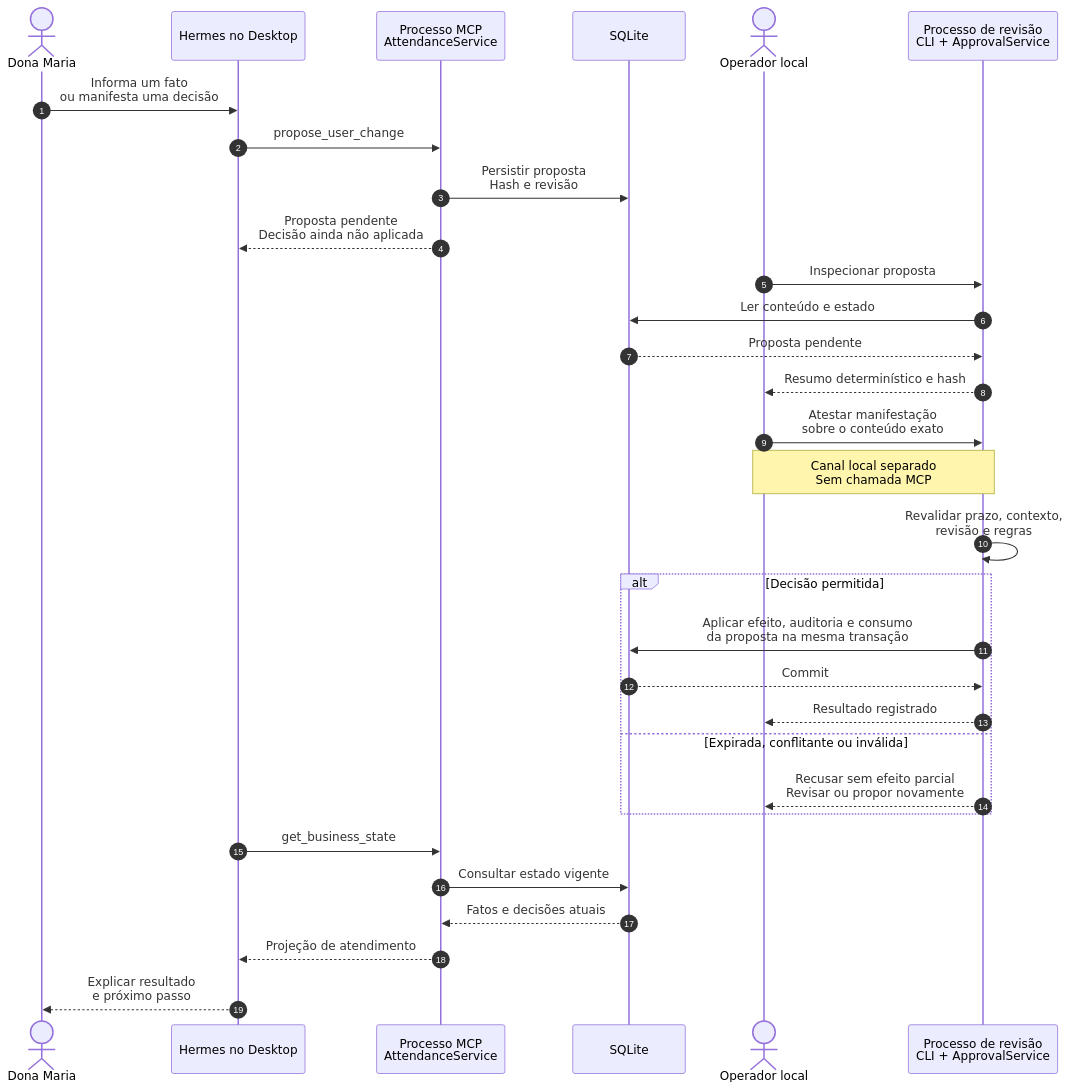
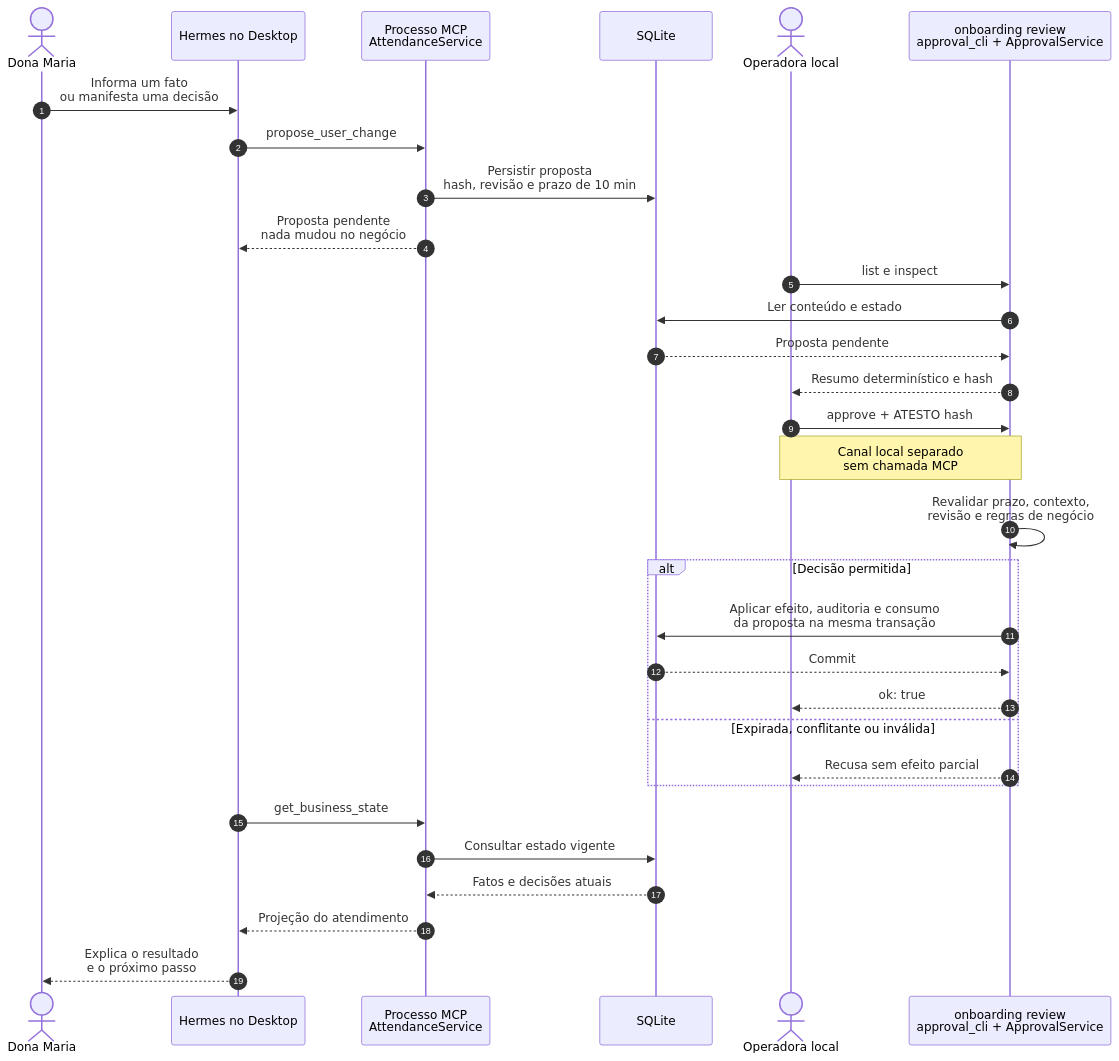
One commit to glaucia86/sabor-da-maria-hermes-agent changed the second of 3 diagrams in README.md. Above: the diagram before and after it, drawn with Mermaid. The commit also changed other lines of this file and 21 other files, not shown here.

````diff
--- a/README.md
+++ b/README.md
@@ -427,34 +166,34 @@
 ```mermaid
 %%{init: {"sequence": {"actorMargin": 30, "messageMargin": 25}, "themeVariables": {"fontFamily": "Arial, sans-serif"}}}%%
 sequenceDiagram
     autonumber
     actor Maria as Dona Maria
     participant Hermes as Hermes no Desktop
     participant MCP as Processo MCP<br/>AttendanceService
     participant DB as SQLite
-    actor Operador as Operador local
-    participant CLI as Processo de revisão<br/>CLI + ApprovalService
+    actor Operadora as Operadora local
+    participant CLI as onboarding review<br/>approval_cli + ApprovalService
     Maria->>Hermes: Informa um fato<br/>ou manifesta uma decisão
     Hermes->>MCP: propose_user_change
-    MCP->>DB: Persistir proposta<br/>Hash e revisão
-    MCP-->>Hermes: Proposta pendente<br/>Decisão ainda não aplicada
-    Operador->>CLI: Inspecionar proposta
+    MCP->>DB: Persistir proposta<br/>hash, revisão e prazo de 10 min
+    MCP-->>Hermes: Proposta pendente<br/>nada mudou no negócio
+    Operadora->>CLI: list e inspect
     CLI->>DB: Ler conteúdo e estado
     DB-->>CLI: Proposta pendente
-    CLI-->>Operador: Resumo determinístico e hash
-    Operador->>CLI: Atestar manifestação<br/>sobre o conteúdo exato
-    Note over Operador,CLI: Canal local separado<br/>Sem chamada MCP
-    CLI->>CLI: Revalidar prazo, contexto,<br/>revisão e regras
+    CLI-->>Operadora: Resumo determinístico e hash
+    Operadora->>CLI: approve + ATESTO hash
+    Note over Operadora,CLI: Canal local separado<br/>sem chamada MCP
+    CLI->>CLI: Revalidar prazo, contexto,<br/>revisão e regras de negócio
     alt Decisão permitida
         CLI->>DB: Aplicar efeito, auditoria e consumo<br/>da proposta na mesma transação
         DB-->>CLI: Commit
-        CLI-->>Operador: Resultado registrado
+        CLI-->>Operadora: ok: true
     else Expirada, conflitante ou inválida
-        CLI-->>Operador: Recusar sem efeito parcial<br/>Revisar ou propor novamente
+        CLI-->>Operadora: Recusa sem efeito parcial
     end
     Hermes->>MCP: get_business_state
     MCP->>DB: Consultar estado vigente
     DB-->>MCP: Fatos e decisões atuais
-    MCP-->>Hermes: Projeção de atendimento
-    Hermes-->>Maria: Explicar resultado<br/>e próximo passo
+    MCP-->>Hermes: Projeção do atendimento
+    Hermes-->>Maria: Explica o resultado<br/>e o próximo passo
 ```
````
